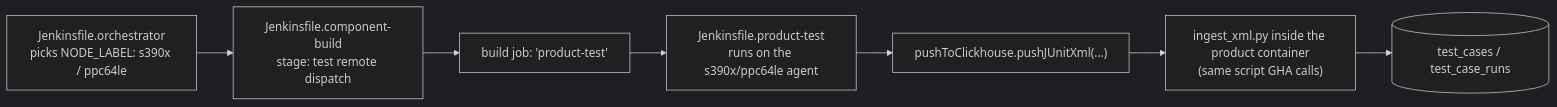
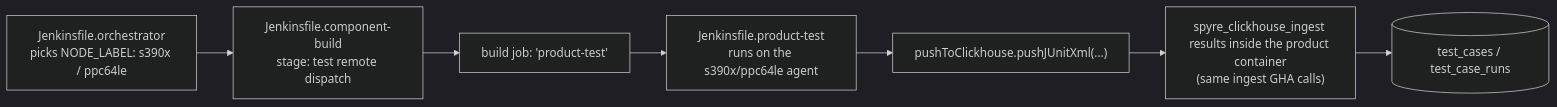
One commit to torch-spyre/torch-spyre changed the diagram in extensions/clickhouse-ingest/docs/jenkins-shared-library.md. Above: the diagram before and after it, drawn with Mermaid (dark theme). The commit also changed other lines of this file and 4 other files, not shown here.

First line of the commit message:
docs(clickhouse-ingest): name the ingest as python -m spyre_clickhouse_ingest results

````diff
--- a/extensions/clickhouse-ingest/docs/jenkins-shared-library.md
+++ b/extensions/clickhouse-ingest/docs/jenkins-shared-library.md
@@ -122,9 +122,9 @@
 ```mermaid
 flowchart LR
   A["Jenkinsfile.orchestrator<br/>picks NODE_LABEL: s390x / ppc64le"] --> B["Jenkinsfile.component-build<br/>stage: test remote dispatch"]
   B --> C["build job: 'product-test'"]
   C --> D["Jenkinsfile.product-test<br/>runs on the s390x/ppc64le agent"]
   D --> E["pushToClickhouse.pushJUnitXml(...)"]
-  E --> F["ingest_xml.py inside the product container<br/>(same script GHA calls)"]
+  E --> F["spyre_clickhouse_ingest results inside the product container<br/>(same ingest GHA calls)"]
   F --> G[("test_cases / test_case_runs")]
 ```
````
